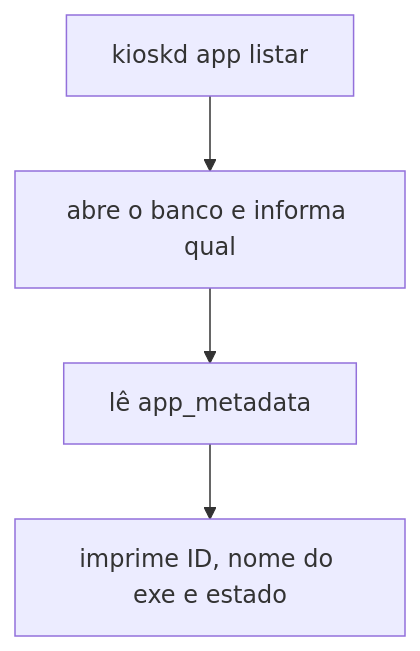
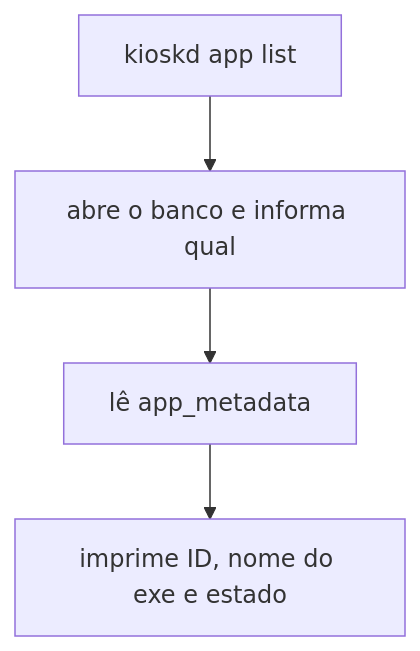
One commit to jefersonlop3s/kiosk-engine changed diagram 12 of 28 in docs/architecture/fluxos-dos-comandos.md. Above: the diagram before and after it, drawn with Mermaid. The commit also changed other lines of this file and 43 other files, not shown here.

````diff
--- a/docs/architecture/fluxos-dos-comandos.md
+++ b/docs/architecture/fluxos-dos-comandos.md
@@ -191,6 +191,6 @@
 ```mermaid
 flowchart TD
-    A["kioskd app listar"] --> B["abre o banco e informa qual"]
+    A["kioskd app list"] --> B["abre o banco e informa qual"]
     B --> C["lê app_metadata"]
     C --> D["imprime ID, nome do exe e estado"]
 ```
````
